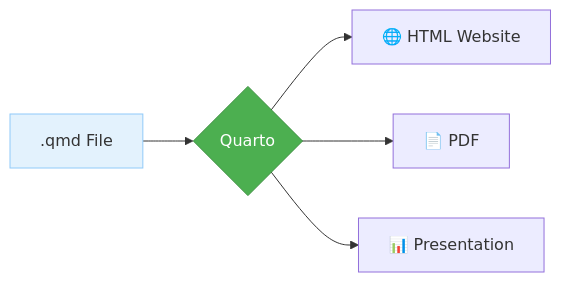
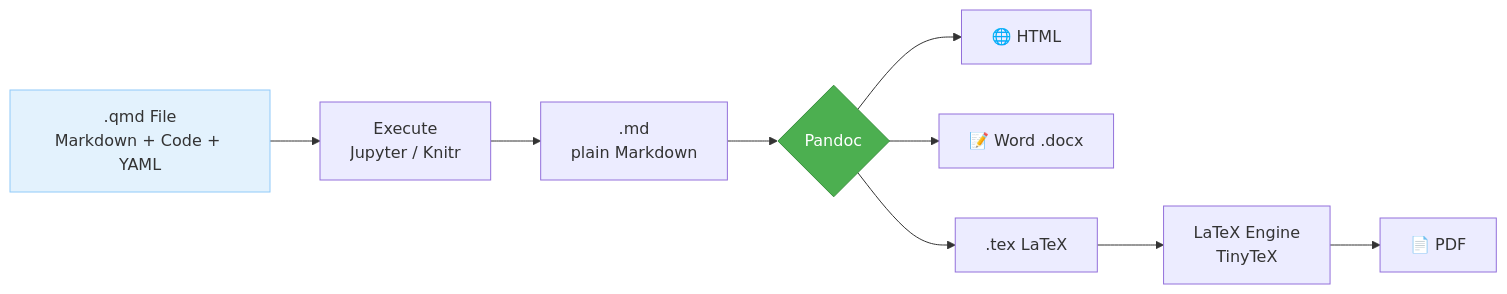
Before and after one commit to Erasmus-CTM/Quarto-Tutorial: the diagram in Qmd Files/Example Page/ep_visuals.qmd, drawn with Mermaid. The commit also changed other lines of this file and 1 other file, not shown here.

Commit message:
Moved Python exercises from Code page to Visuals page, expanded the Quarto pipeline diagram

````diff
--- a/Qmd Files/Example Page/ep_visuals.qmd
+++ b/Qmd Files/Example Page/ep_visuals.qmd
@@ -59,9 +114,13 @@
 ```{mermaid}
 flowchart LR
-    A[".qmd File"] --> B{"Quarto"}
-    B --> C["🌐 HTML Website"]
-    B --> D["📄 PDF"]
-    B --> E["📊 Presentation"]
-    style B fill:#4CAF50,color:#fff,stroke:#388e3c
+    A[".qmd File<br/>Markdown + Code + YAML"] --> B["Execute<br/>Jupyter / Knitr"]
+    B --> C[".md<br/>plain Markdown"]
+    C --> D{"Pandoc"}
+    D --> E["🌐 HTML"]
+    D --> F["📝 Word .docx"]
+    D --> G[".tex LaTeX"]
+    G --> H["LaTeX Engine<br/>TinyTeX"]
+    H --> I["📄 PDF"]
+    style D fill:#4CAF50,color:#fff,stroke:#388e3c
     style A fill:#e3f2fd,stroke:#90caf9
 ```
````
